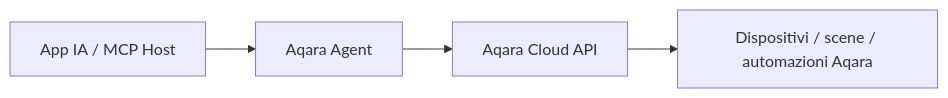
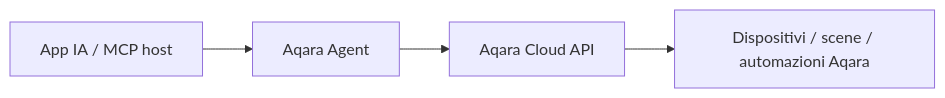
The diagram in README_IT.md (aqara/aqara-mcp-server), drawn with Mermaid before and after one commit. The commit also changed other lines of this file and 8 other files, not shown here.

````diff
--- a/README_IT.md
+++ b/README_IT.md
@@ -75,6 +75,6 @@
 ```mermaid
 graph LR
-    A[App IA / MCP Host] --> B[Aqara Agent]
+    A[App IA / MCP host] --> B[Aqara Agent]
     B --> C[Aqara Cloud API]
     C --> D[Dispositivi / scene / automazioni Aqara]
 ```
````
